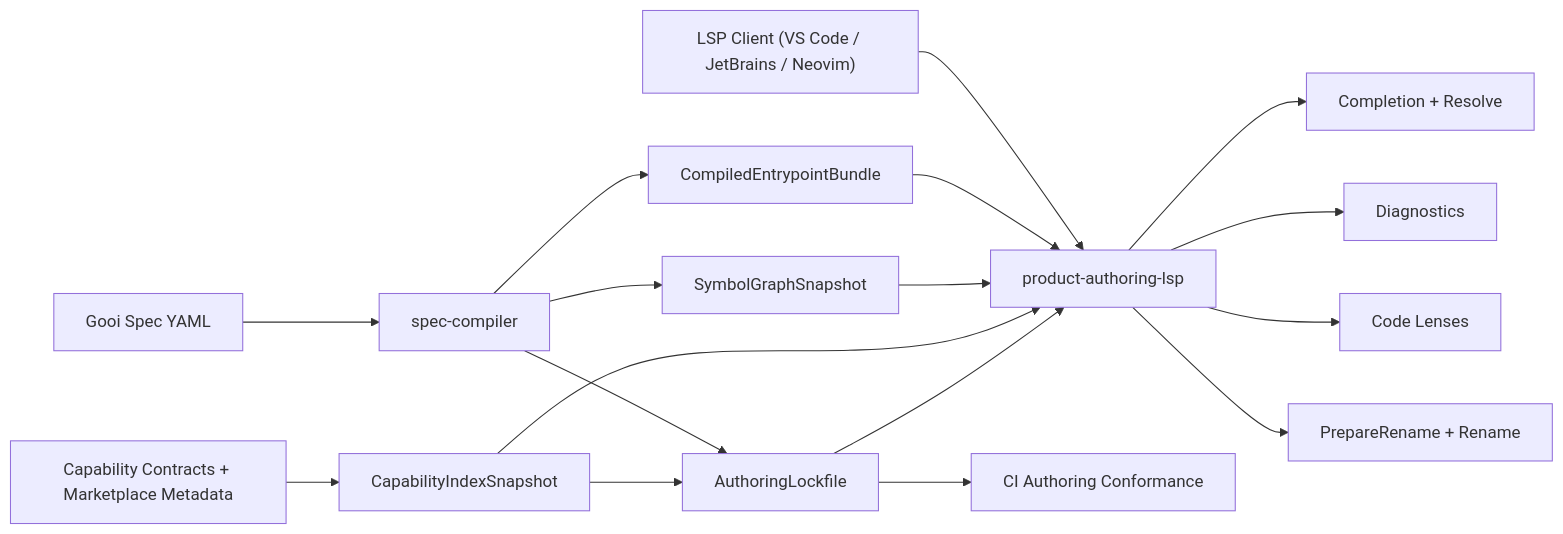
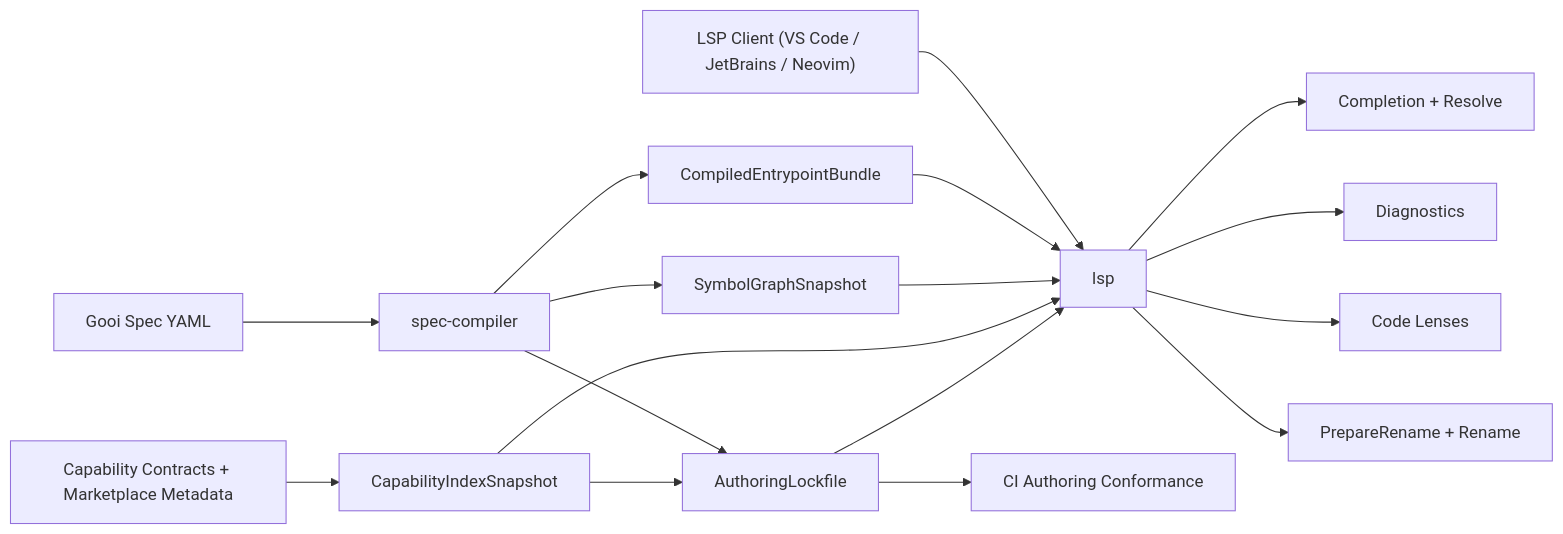
Before and after one commit to ngalluzzo/gooi: the first of 2 diagrams in docs/engineering/rfcs/RFC-0003-product-authoring-intelligence-lsp-and-capability-index.md, drawn with Mermaid. The commit also changed other lines of this file and 417 other files, not shown here.

````diff
--- a/docs/engineering/rfcs/RFC-0003-product-authoring-intelligence-lsp-and-capability-index.md
+++ b/docs/engineering/rfcs/RFC-0003-product-authoring-intelligence-lsp-and-capability-index.md
@@ -269,22 +269,22 @@
 ```mermaid
 flowchart LR
   Spec["Gooi Spec YAML"] --> Compiler["spec-compiler"]
   Compiler --> EntrypointBundle["CompiledEntrypointBundle"]
   Compiler --> SymbolGraph["SymbolGraphSnapshot"]
   Compiler --> Lockfile["AuthoringLockfile"]
 
   CapabilitySources["Capability Contracts + Marketplace Metadata"] --> CapabilityIndex["CapabilityIndexSnapshot"]
   CapabilityIndex --> Lockfile
 
-  Editor["LSP Client (VS Code / JetBrains / Neovim)"] --> LSP["product-authoring-lsp"]
+  Editor["LSP Client (VS Code / JetBrains / Neovim)"] --> LSP["lsp"]
   EntrypointBundle --> LSP
   SymbolGraph --> LSP
   CapabilityIndex --> LSP
   Lockfile --> LSP
   Lockfile --> CI["CI Authoring Conformance"]
 
   LSP --> Completion["Completion + Resolve"]
   LSP --> Diagnostics["Diagnostics"]
   LSP --> Lenses["Code Lenses"]
   LSP --> Rename["PrepareRename + Rename"]
 ```
````
